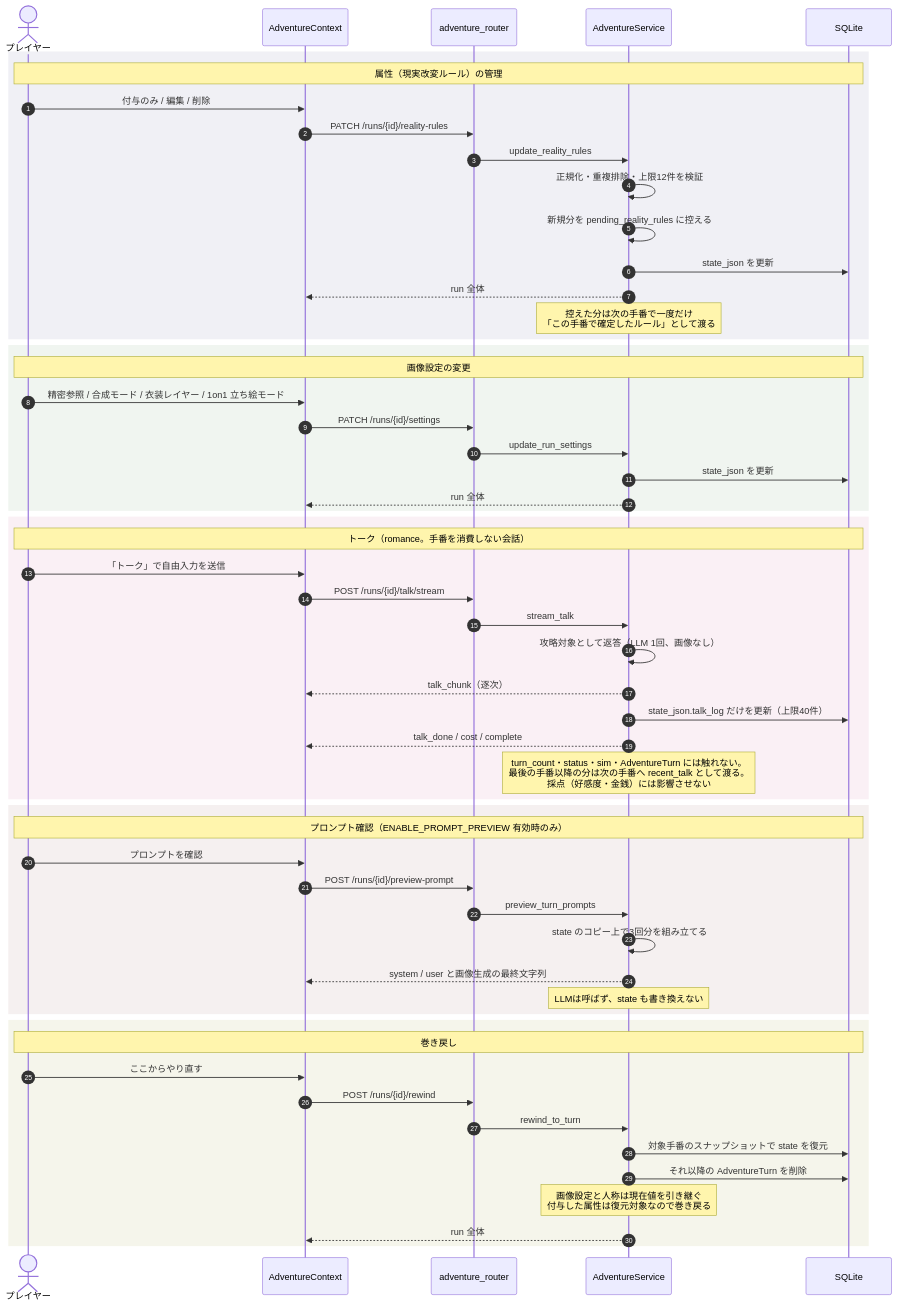
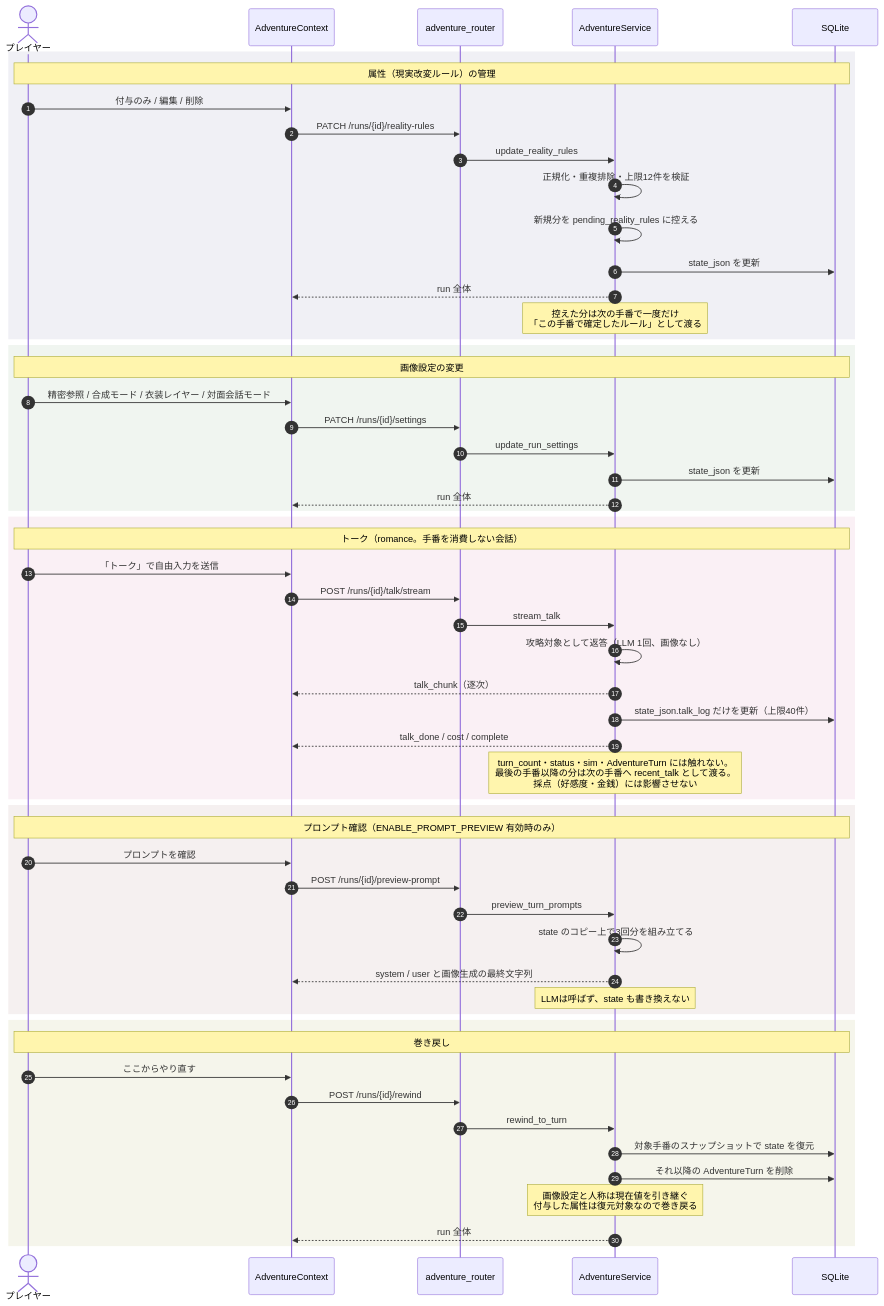
The fourth of 5 diagrams in docs/adventure-flow.md (grind-hash/tsf_closet), drawn with Mermaid before and after one commit. The commit also changed other lines of this file and 18 other files, not shown here.

````diff
--- a/docs/adventure-flow.md
+++ b/docs/adventure-flow.md
@@ -236,63 +239,63 @@
 ```mermaid
 sequenceDiagram
     autonumber
     actor U as プレイヤー
     participant C as AdventureContext
     participant R as adventure_router
     participant SV as AdventureService
     participant DB as SQLite
 
     rect rgb(240, 240, 245)
         Note over U,DB: 属性（現実改変ルール）の管理
         U->>C: 付与のみ / 編集 / 削除
         C->>R: PATCH /runs/{id}/reality-rules
         R->>SV: update_reality_rules
         SV->>SV: 正規化・重複排除・上限12件を検証
         SV->>SV: 新規分を pending_reality_rules に控える
         SV->>DB: state_json を更新
         SV-->>C: run 全体
         Note over SV: 控えた分は次の手番で一度だけ<br/>「この手番で確定したルール」として渡る
     end
 
     rect rgb(240, 245, 240)
         Note over U,DB: 画像設定の変更
-        U->>C: 精密参照 / 合成モード / 衣装レイヤー / 1on1 立ち絵モード
+        U->>C: 精密参照 / 合成モード / 衣装レイヤー / 対面会話モード
         C->>R: PATCH /runs/{id}/settings
         R->>SV: update_run_settings
         SV->>DB: state_json を更新
         SV-->>C: run 全体
     end
 
     rect rgb(250, 240, 245)
         Note over U,DB: トーク（romance。手番を消費しない会話）
         U->>C: 「トーク」で自由入力を送信
         C->>R: POST /runs/{id}/talk/stream
         R->>SV: stream_talk
         SV->>SV: 攻略対象として返答（LLM 1回、画像なし）
         SV-->>C: talk_chunk（逐次）
         SV->>DB: state_json.talk_log だけを更新（上限40件）
         SV-->>C: talk_done / cost / complete
         Note over SV: turn_count・status・sim・AdventureTurn には触れない。<br/>最後の手番以降の分は次の手番へ recent_talk として渡る。<br/>採点（好感度・金銭）には影響させない
     end
 
     rect rgb(245, 240, 240)
         Note over U,DB: プロンプト確認（ENABLE_PROMPT_PREVIEW 有効時のみ）
         U->>C: プロンプトを確認
         C->>R: POST /runs/{id}/preview-prompt
         R->>SV: preview_turn_prompts
         SV->>SV: state のコピー上で3回分を組み立てる
         SV-->>C: system / user と画像生成の最終文字列
         Note over SV: LLMは呼ばず、state も書き換えない
     end
 
     rect rgb(245, 245, 235)
         Note over U,DB: 巻き戻し
         U->>C: ここからやり直す
         C->>R: POST /runs/{id}/rewind
         R->>SV: rewind_to_turn
         SV->>DB: 対象手番のスナップショットで state を復元
         SV->>DB: それ以降の AdventureTurn を削除
         Note over SV: 画像設定と人称は現在値を引き継ぐ<br/>付与した属性は復元対象なので巻き戻る
         SV-->>C: run 全体
     end
 ```
````
